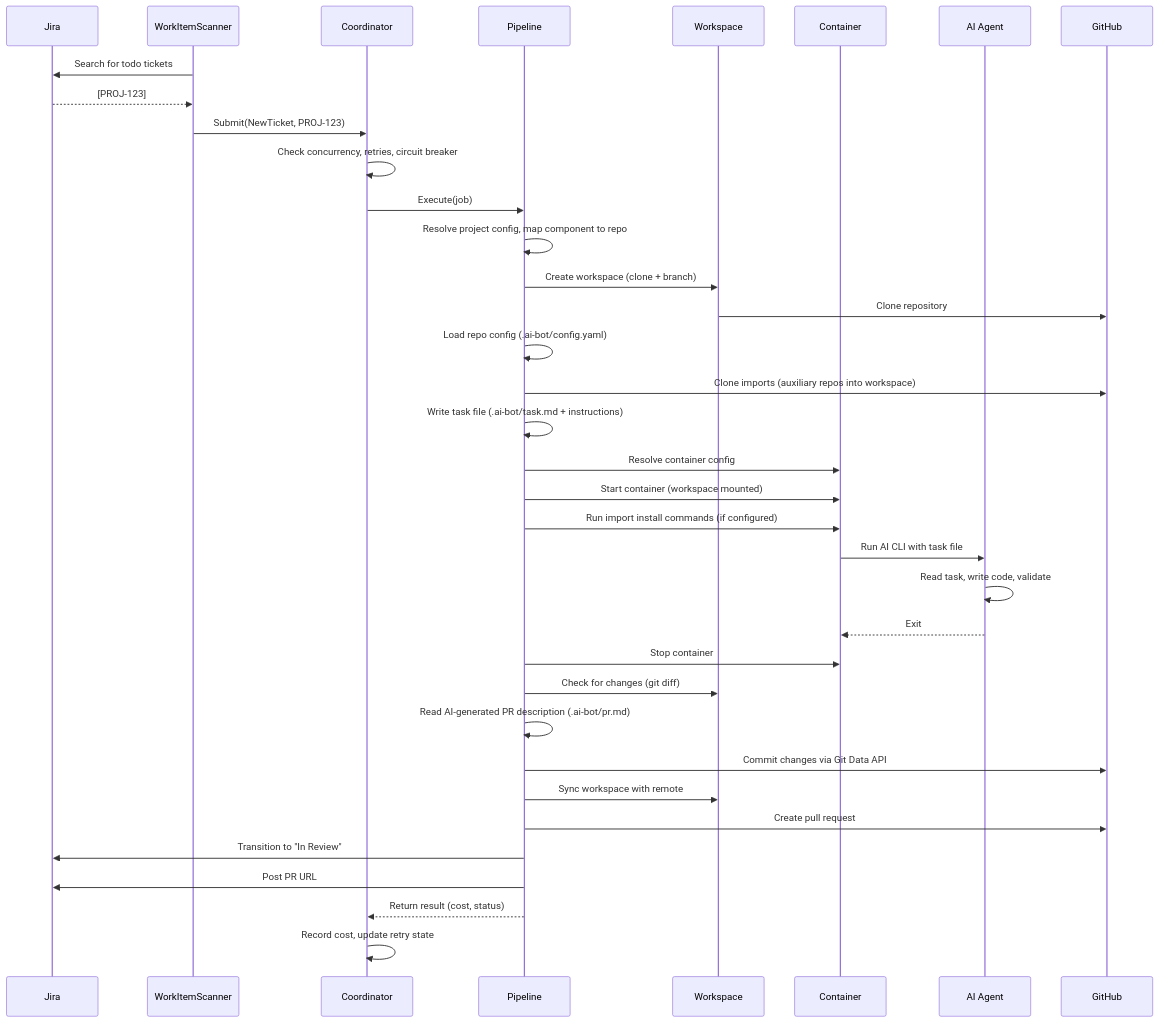
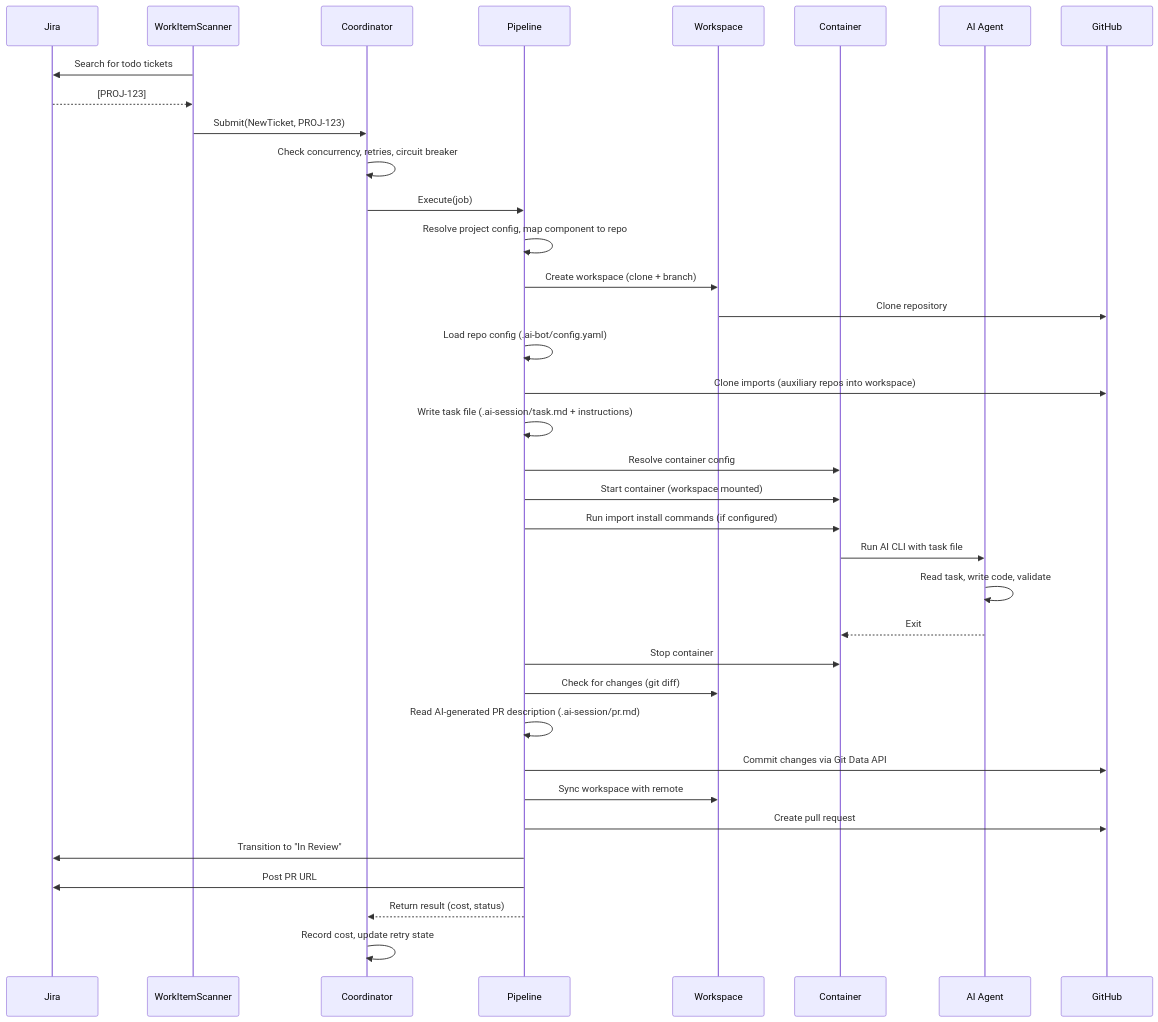
The fourth of 10 diagrams in docs/architecture.md (flightctl/jira-ai-issue-solver), drawn with Mermaid before and after one commit. The commit also changed 17 other files, not shown here.

````diff
--- a/docs/architecture.md
+++ b/docs/architecture.md
@@ -138,42 +138,42 @@
 ```mermaid
 sequenceDiagram
     participant J as Jira
     participant WIS as WorkItemScanner
     participant C as Coordinator
     participant P as Pipeline
     participant WS as Workspace
     participant CTR as Container
     participant AI as AI Agent
     participant GH as GitHub
 
     WIS->>J: Search for todo tickets
     J-->>WIS: [PROJ-123]
     WIS->>C: Submit(NewTicket, PROJ-123)
     C->>C: Check concurrency, retries, circuit breaker
     C->>P: Execute(job)
 
     P->>P: Resolve project config, map component to repo
     P->>WS: Create workspace (clone + branch)
     WS->>GH: Clone repository
     P->>P: Load repo config (.ai-bot/config.yaml)
     P->>GH: Clone imports (auxiliary repos into workspace)
-    P->>P: Write task file (.ai-bot/task.md + instructions)
+    P->>P: Write task file (.ai-session/task.md + instructions)
     P->>CTR: Resolve container config
     P->>CTR: Start container (workspace mounted)
     P->>CTR: Run import install commands (if configured)
     CTR->>AI: Run AI CLI with task file
     AI->>AI: Read task, write code, validate
     AI-->>CTR: Exit
     P->>CTR: Stop container
 
     P->>WS: Check for changes (git diff)
-    P->>P: Read AI-generated PR description (.ai-bot/pr.md)
+    P->>P: Read AI-generated PR description (.ai-session/pr.md)
     P->>GH: Commit changes via Git Data API
     P->>WS: Sync workspace with remote
     P->>GH: Create pull request
     P->>J: Transition to "In Review"
     P->>J: Post PR URL
 
     P-->>C: Return result (cost, status)
     C->>C: Record cost, update retry state
 ```
````
